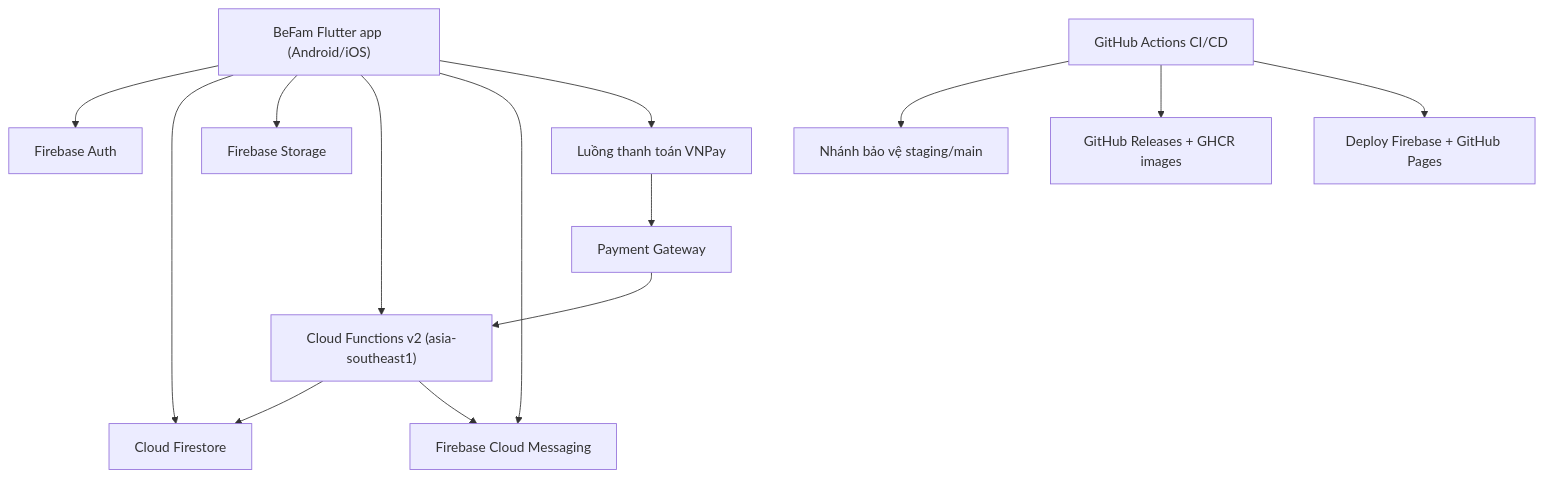
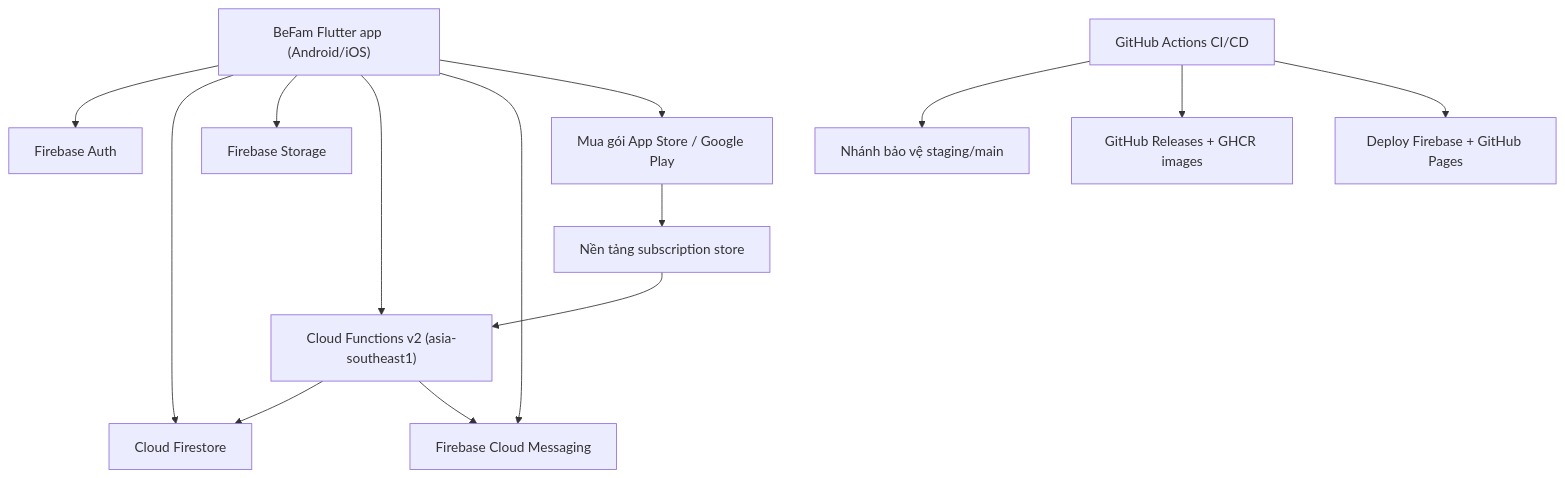
The diagram in docs/vi/02-architecture/system-design.md (phamhungptithcm/gia-pha), drawn with Mermaid before and after one commit. The commit also changed other lines of this file and 283 other files, not shown here.

````diff
--- a/docs/vi/02-architecture/system-design.md
+++ b/docs/vi/02-architecture/system-design.md
@@ -7,16 +7,16 @@
 ```mermaid
 flowchart TD
     A["BeFam Flutter app (Android/iOS)"] --> B["Firebase Auth"]
     A --> C["Cloud Firestore"]
     A --> D["Firebase Storage"]
     A --> E["Cloud Functions v2 (asia-southeast1)"]
     A --> F["Firebase Cloud Messaging"]
-    A --> K["Luồng thanh toán VNPay"]
+    A --> K["Mua gói App Store / Google Play"]
     E --> C
     E --> F
-    K --> L["Payment Gateway"]
+    K --> L["Nền tảng subscription store"]
     L --> E
     G["GitHub Actions CI/CD"] --> H["Nhánh bảo vệ staging/main"]
     G --> I["GitHub Releases + GHCR images"]
     G --> J["Deploy Firebase + GitHub Pages"]
 ```
````
